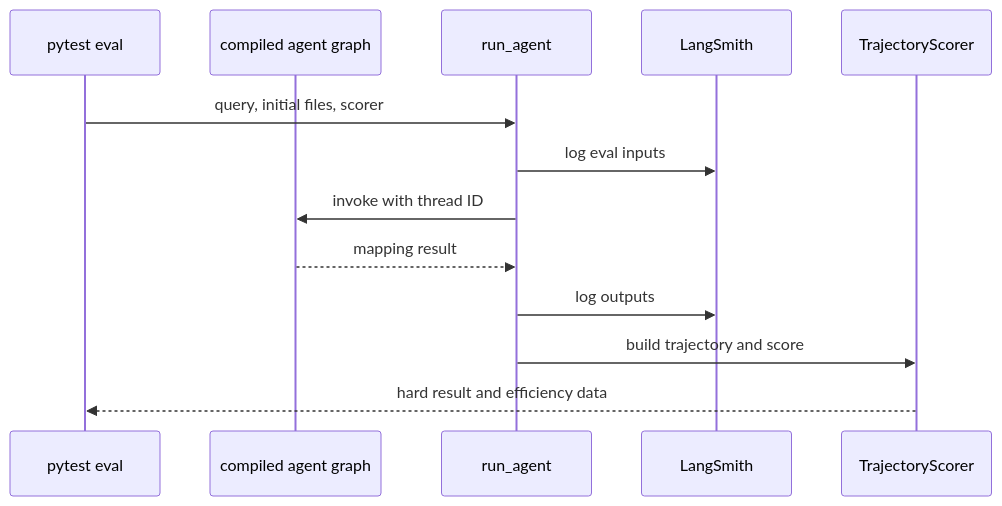
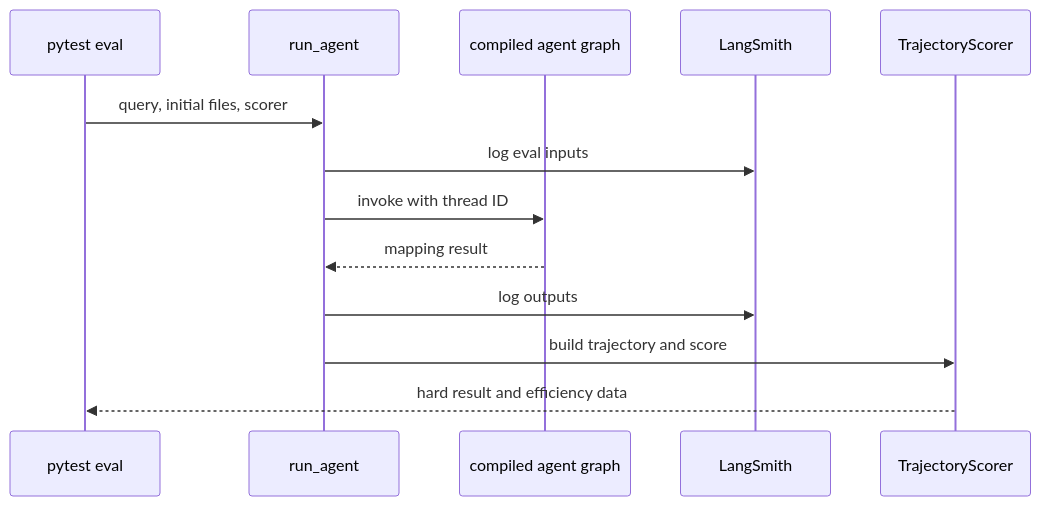
One commit to langchain-ai/deepagents changed the first of 2 diagrams in openwiki/workflows/run-evals.md. Above: the diagram before and after it, drawn with Mermaid. The commit also changed other lines of this file and 67 other files, not shown here.

````diff
--- a/openwiki/workflows/run-evals.md
+++ b/openwiki/workflows/run-evals.md
@@ -115,15 +152,15 @@
 ```mermaid
 sequenceDiagram
     participant Test as pytest eval
+    participant Runner as run_agent
     participant Agent as compiled agent graph
-    participant Runner as run_agent
     participant Trace as LangSmith
     participant Score as TrajectoryScorer
     Test->>Runner: query, initial files, scorer
     Runner->>Trace: log eval inputs
     Runner->>Agent: invoke with thread ID
     Agent-->>Runner: mapping result
     Runner->>Trace: log outputs
     Runner->>Score: build trajectory and score
     Score-->>Test: hard result and efficiency data
 ```
````
